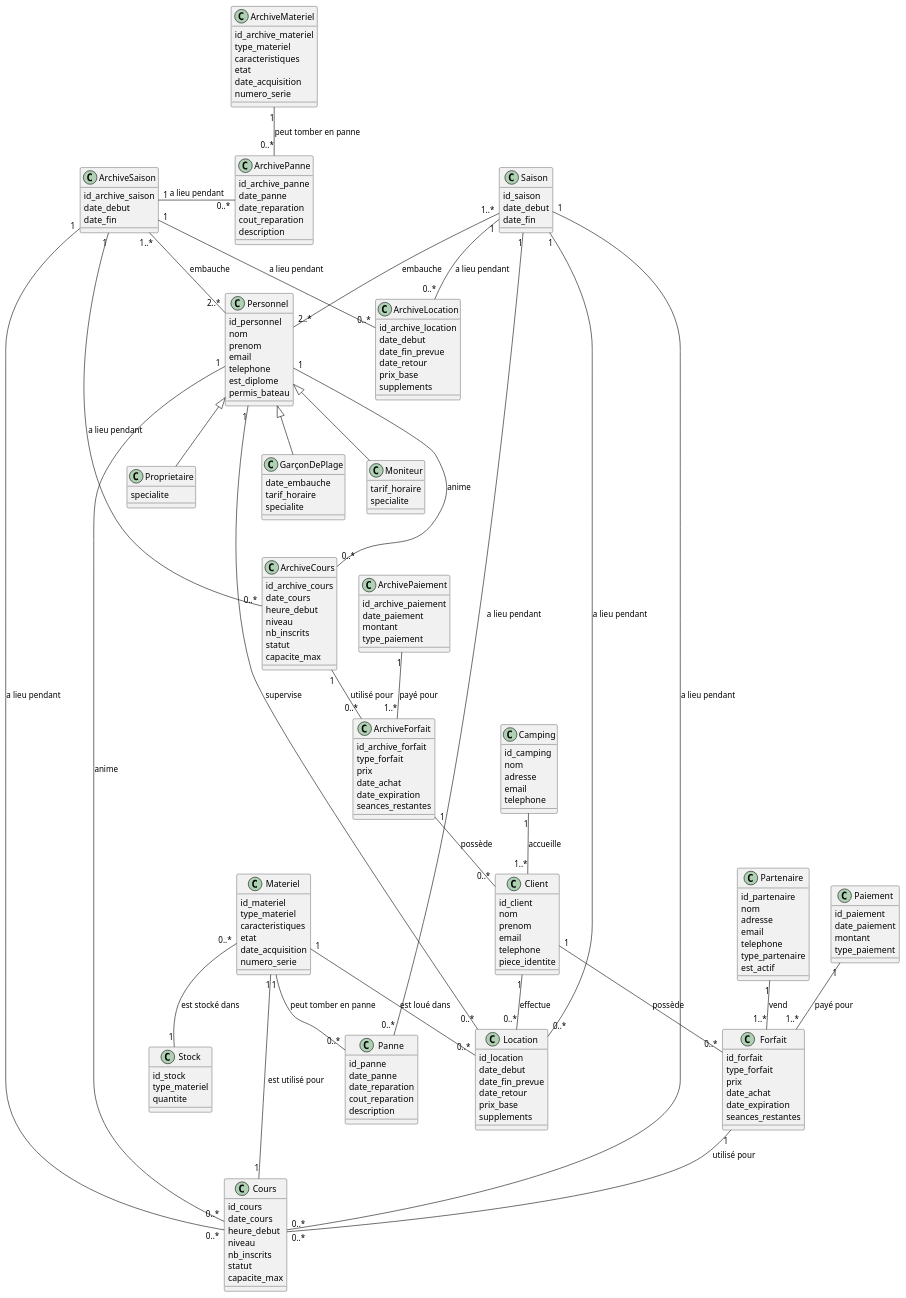
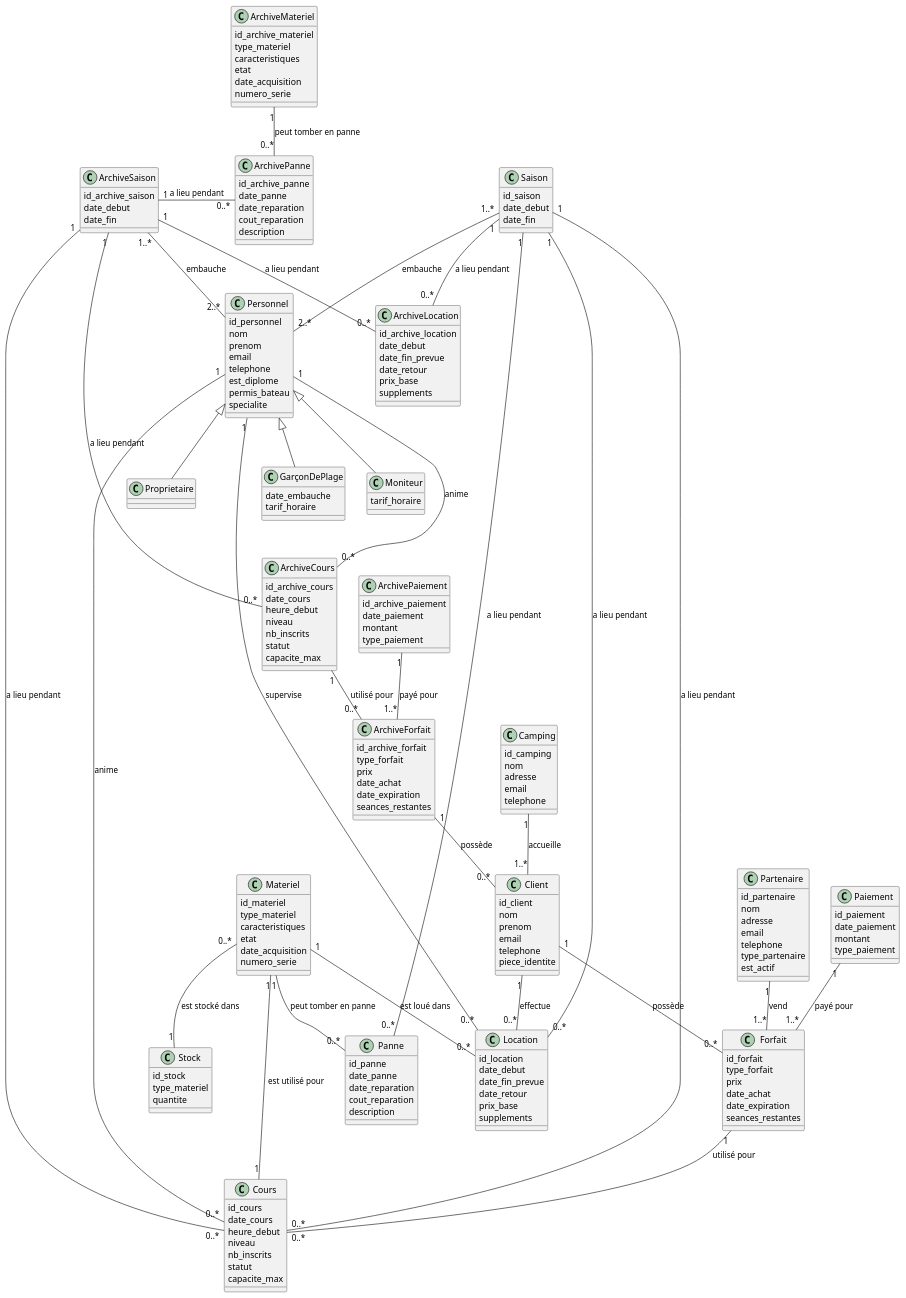
The diagram in docs/1-analysis/generalDesignClassDiagram.puml (Hugo-COLLIN/MIAGE_CSI_NauticalClub), drawn with PlantUML before and after one commit.

Commit message:
docs: specialite common for Personnel

```diff
--- a/docs/1-analysis/generalDesignClassDiagram.puml
+++ b/docs/1-analysis/generalDesignClassDiagram.puml
@@ -7,21 +7,19 @@
         telephone
         est_diplome
         permis_bateau
+        specialite
     }
 
     class GarçonDePlage extends Personnel {
         date_embauche
         tarif_horaire
-        specialite
     }
 
     class Moniteur extends Personnel {
         tarif_horaire
-        specialite
     }
 
     class Proprietaire extends Personnel {
-        specialite
     }
 
     class Saison {
```
